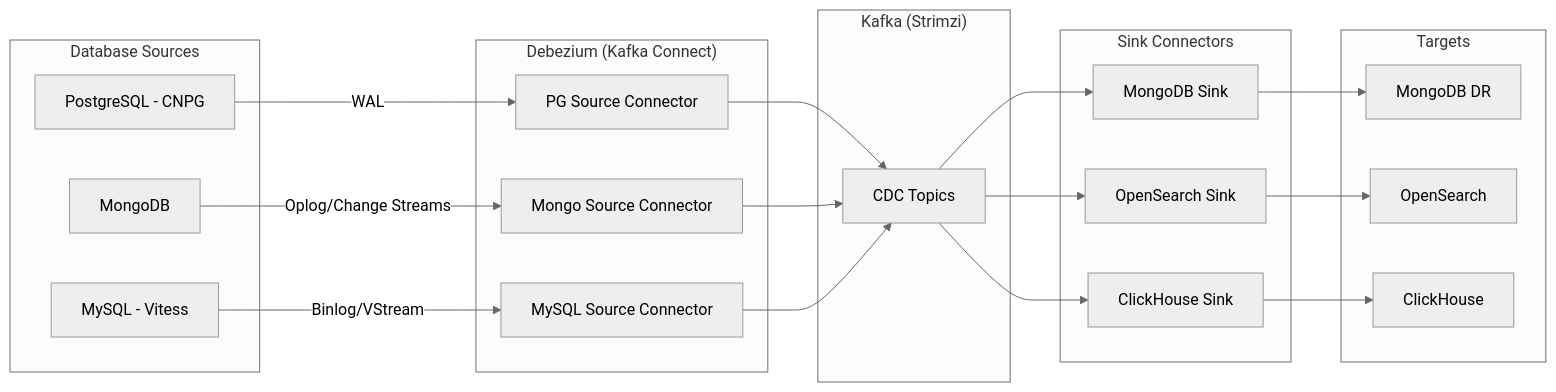
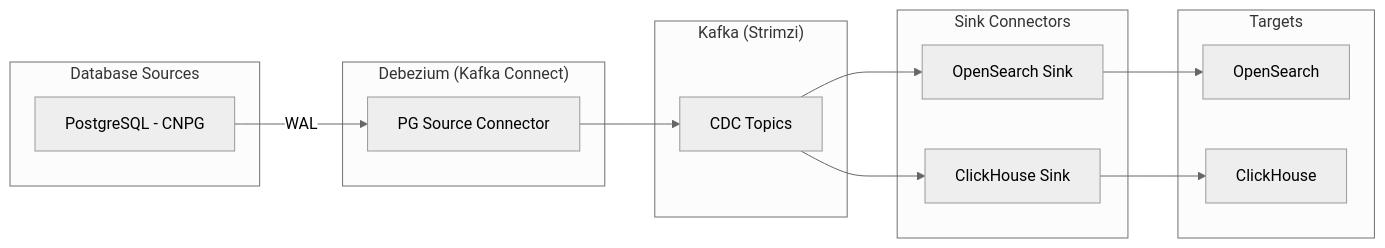
Before and after one commit to openova-io/openova: the first of 2 diagrams in platform/debezium/README.md, drawn with Mermaid (neutral theme). The commit also changed other lines of this file and 50 other files, not shown here.

````diff
--- a/platform/debezium/README.md
+++ b/platform/debezium/README.md
@@ -23,43 +23,31 @@
 ```mermaid
 flowchart LR
     subgraph Sources["Database Sources"]
         CNPG[PostgreSQL - CNPG]
-        MongoDB[MongoDB]
-        Vitess[MySQL - Vitess]
     end
 
     subgraph CDC["Debezium (Kafka Connect)"]
         PGSource[PG Source Connector]
-        MongoSource[Mongo Source Connector]
-        MySQLSource[MySQL Source Connector]
     end
 
     subgraph Streaming["Kafka (Strimzi)"]
         Topics[CDC Topics]
     end
 
     subgraph Sinks["Sink Connectors"]
-        MongoSink[MongoDB Sink]
         OSSink[OpenSearch Sink]
         CHSink[ClickHouse Sink]
     end
 
     subgraph Targets["Targets"]
-        MongoDR[MongoDB DR]
         OpenSearch[OpenSearch]
         ClickHouse[ClickHouse]
     end
 
     CNPG -->|"WAL"| PGSource
-    MongoDB -->|"Oplog/Change Streams"| MongoSource
-    Vitess -->|"Binlog/VStream"| MySQLSource
     PGSource --> Topics
-    MongoSource --> Topics
-    MySQLSource --> Topics
-    Topics --> MongoSink
     Topics --> OSSink
     Topics --> CHSink
-    MongoSink --> MongoDR
     OSSink --> OpenSearch
     CHSink --> ClickHouse
 ```
````
